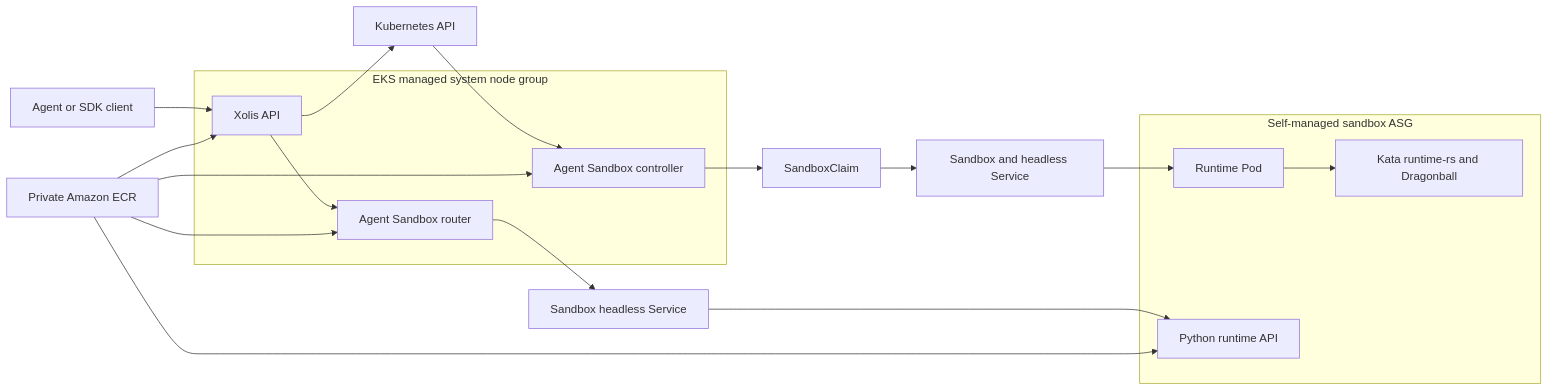
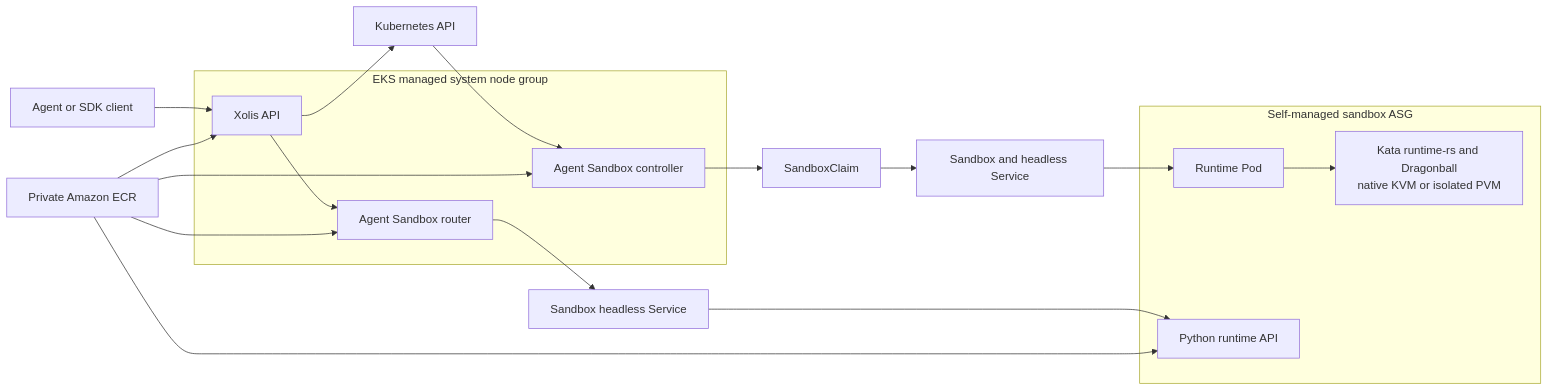
One commit to gnawux/xolis changed the diagram in Docs/Initial-Sandbox-Service-Design.md. Above: the diagram before and after it, drawn with Mermaid. The commit also changed other lines of this file and 12 other files, not shown here.

````diff
--- a/Docs/Initial-Sandbox-Service-Design.md
+++ b/Docs/Initial-Sandbox-Service-Design.md
@@ -43,31 +50,31 @@
 ```mermaid
 flowchart LR
     Client["Agent or SDK client"] --> API["Xolis API"]
     API --> KAPI["Kubernetes API"]
     KAPI --> ASC["Agent Sandbox controller"]
     ASC --> Claim["SandboxClaim"]
     Claim --> Sandbox["Sandbox and headless Service"]
     Sandbox --> Pod["Runtime Pod"]
-    Pod --> Kata["Kata runtime-rs and Dragonball"]
+    Pod --> Kata["Kata runtime-rs and Dragonball<br/>native KVM or isolated PVM"]
 
     API --> Router["Agent Sandbox router"]
     Router --> Service["Sandbox headless Service"]
     Service --> Runtime["Python runtime API"]
 
     subgraph SystemPool["EKS managed system node group"]
         API
         ASC
         Router
     end
 
     subgraph SandboxPool["Self-managed sandbox ASG"]
         Pod
         Kata
         Runtime
     end
 
     ECR["Private Amazon ECR"] --> API
     ECR --> ASC
     ECR --> Router
     ECR --> Runtime
 ```
````
